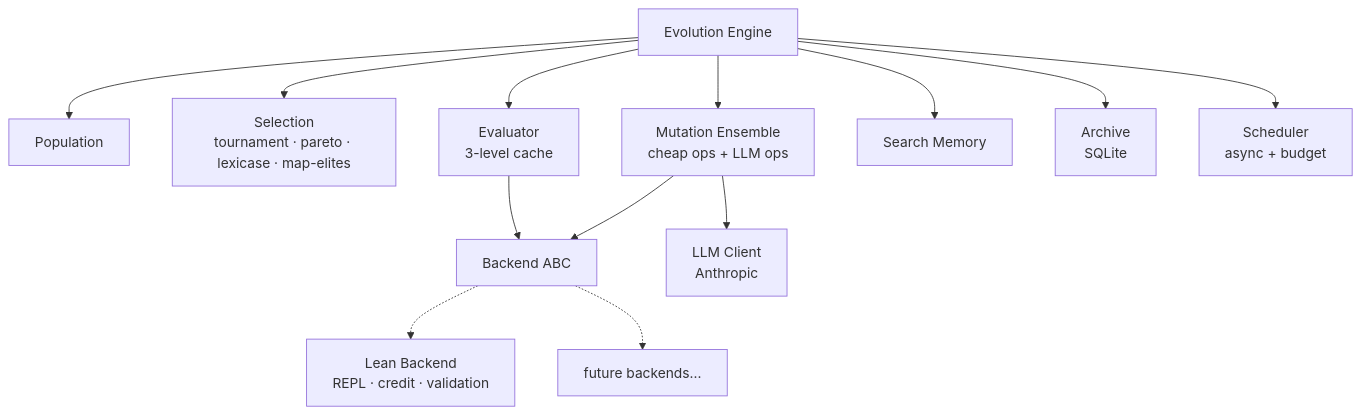
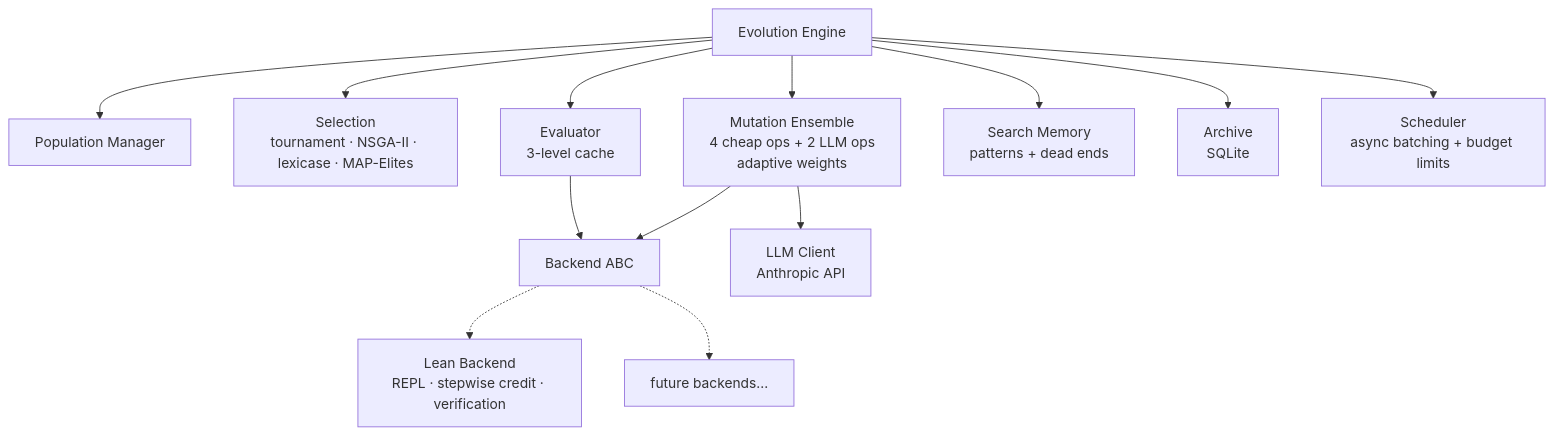
Before and after one commit to slink/evoforge: the second of 2 diagrams in README.md, drawn with Mermaid. The commit also changed other lines of this file, not shown here.

First line of the commit message:
Update README with current architecture, features, and honest status

````diff
--- a/README.md
+++ b/README.md
@@ -21,16 +39,16 @@
 ```mermaid
 graph TD
     Engine[Evolution Engine]
-    Engine --> Pop[Population]
-    Engine --> Sel[Selection<br/>tournament · pareto · lexicase · map-elites]
-    Engine --> Mut[Mutation Ensemble<br/>cheap ops + LLM ops]
+    Engine --> Pop[Population Manager]
+    Engine --> Sel[Selection<br/>tournament · NSGA-II · lexicase · MAP-Elites]
+    Engine --> Mut[Mutation Ensemble<br/>4 cheap ops + 2 LLM ops<br/>adaptive weights]
     Engine --> Eval[Evaluator<br/>3-level cache]
-    Engine --> Mem[Search Memory]
+    Engine --> Mem[Search Memory<br/>patterns + dead ends]
     Engine --> Arc[Archive<br/>SQLite]
-    Engine --> Sched[Scheduler<br/>async + budget]
+    Engine --> Sched[Scheduler<br/>async batching + budget limits]
     Mut --> Backend[Backend ABC]
-    Mut --> LLM[LLM Client<br/>Anthropic]
+    Mut --> LLM[LLM Client<br/>Anthropic API]
     Eval --> Backend
-    Backend -.-> Lean[Lean Backend<br/>REPL · credit · validation]
+    Backend -.-> Lean[Lean Backend<br/>REPL · stepwise credit · verification]
     Backend -.-> Future[future backends...]
 ```
````
